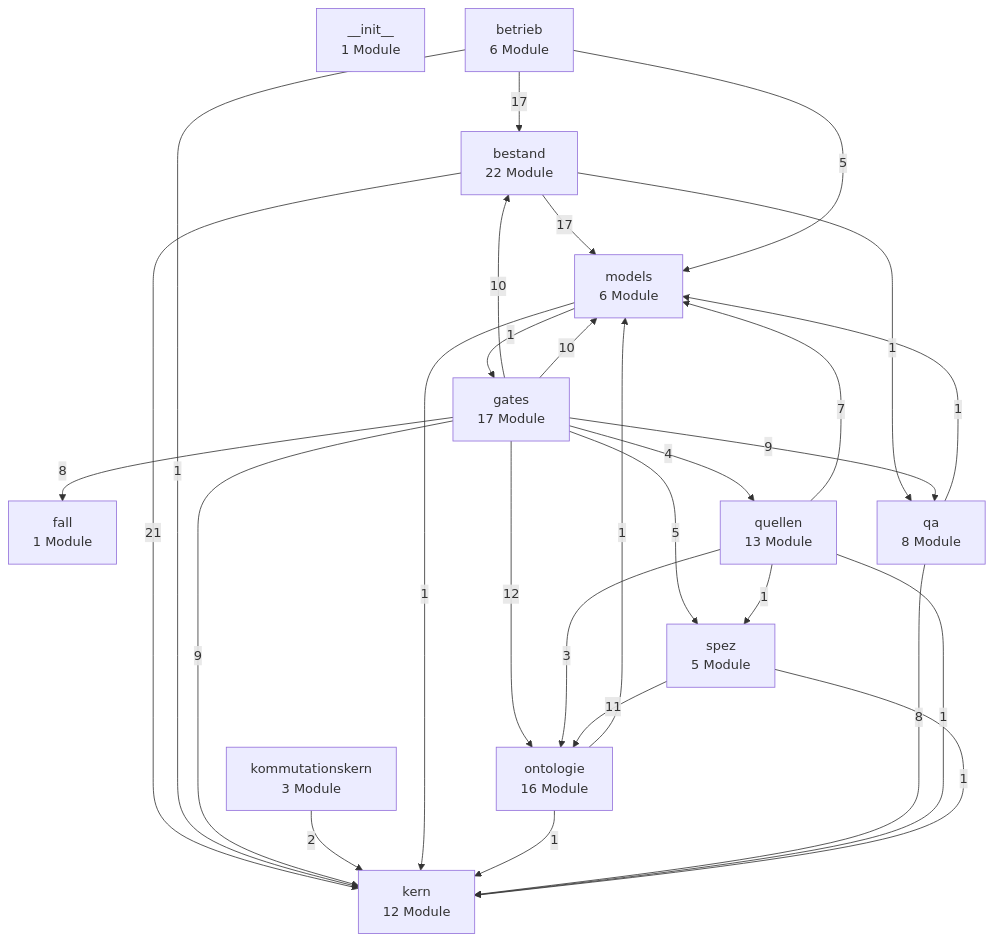
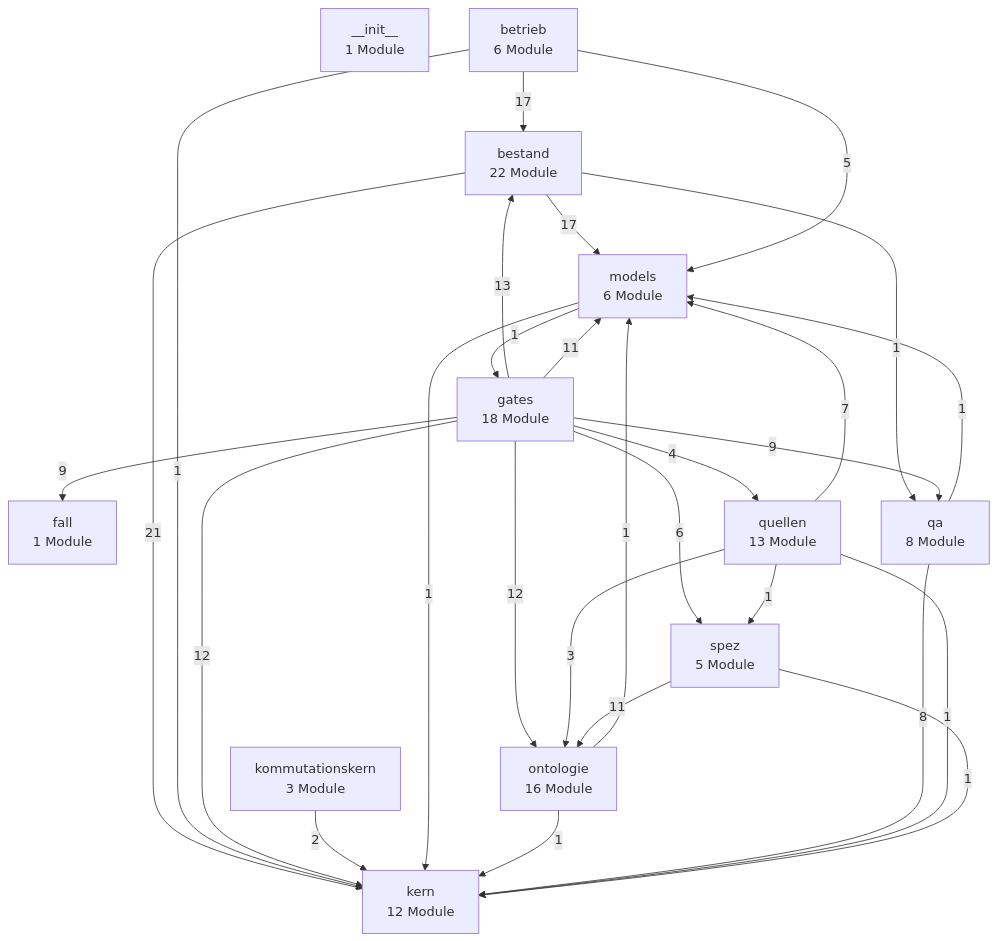
Before and after one commit to bartlmac/rechner-pipeline: the first of 3 diagrams in docs/architektur/landkarte.md, drawn with Mermaid. The commit also changed other lines of this file and 14 other files, not shown here.

````diff
--- a/docs/architektur/landkarte.md
+++ b/docs/architektur/landkarte.md
@@ -27,43 +27,43 @@
 ```mermaid
 %% Schichten — erzeugt von ontologie.landkarte
 flowchart TD
     n__init__["__init__<br/>1 Module"]
     bestand["bestand<br/>22 Module"]
     betrieb["betrieb<br/>6 Module"]
     fall["fall<br/>1 Module"]
-    gates["gates<br/>17 Module"]
+    gates["gates<br/>18 Module"]
     kern["kern<br/>12 Module"]
     kommutationskern["kommutationskern<br/>3 Module"]
     models["models<br/>6 Module"]
     ontologie["ontologie<br/>16 Module"]
     qa["qa<br/>8 Module"]
     quellen["quellen<br/>13 Module"]
     spez["spez<br/>5 Module"]
     bestand -- 21 --> kern
     bestand -- 17 --> models
     bestand -- 1 --> qa
     betrieb -- 17 --> bestand
     betrieb -- 1 --> kern
     betrieb -- 5 --> models
-    gates -- 10 --> bestand
-    gates -- 8 --> fall
-    gates -- 9 --> kern
-    gates -- 10 --> models
+    gates -- 13 --> bestand
+    gates -- 9 --> fall
+    gates -- 12 --> kern
+    gates -- 11 --> models
     gates -- 12 --> ontologie
     gates -- 9 --> qa
     gates -- 4 --> quellen
-    gates -- 5 --> spez
+    gates -- 6 --> spez
     kommutationskern -- 2 --> kern
     models -- 1 --> gates
     models -- 1 --> kern
     ontologie -- 1 --> kern
     ontologie -- 1 --> models
     qa -- 8 --> kern
     qa -- 1 --> models
     quellen -- 1 --> kern
     quellen -- 7 --> models
     quellen -- 3 --> ontologie
     quellen -- 1 --> spez
     spez -- 1 --> kern
     spez -- 11 --> ontologie
 ```
````
